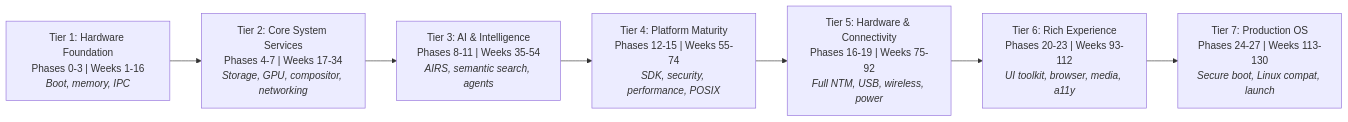
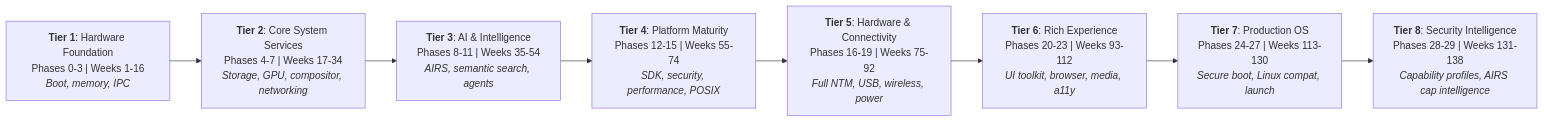
The first of 2 diagrams in docs/project/development-plan.md (juslee/aios), drawn with Mermaid before and after one commit. The commit also changed other lines of this file and 1 other file, not shown here.

First line of the commit message:
Restore Mermaid v11 conversions and fix phase count to 30 (0-29)

````diff
--- a/docs/project/development-plan.md
+++ b/docs/project/development-plan.md
@@ -14,26 +14,29 @@
 ```mermaid
 flowchart LR
-    T1["`Tier 1: Hardware Foundation
-Phases 0-3 | Weeks 1-16
-*Boot, memory, IPC*`"]
-    T2["`Tier 2: Core System Services
-Phases 4-7 | Weeks 17-34
-*Storage, GPU, compositor, networking*`"]
-    T3["`Tier 3: AI & Intelligence
-Phases 8-11 | Weeks 35-54
-*AIRS, semantic search, agents*`"]
-    T4["`Tier 4: Platform Maturity
-Phases 12-15 | Weeks 55-74
-*SDK, security, performance, POSIX*`"]
-    T5["`Tier 5: Hardware & Connectivity
-Phases 16-19 | Weeks 75-92
-*Full NTM, USB, wireless, power*`"]
-    T6["`Tier 6: Rich Experience
-Phases 20-23 | Weeks 93-112
-*UI toolkit, browser, media, a11y*`"]
-    T7["`Tier 7: Production OS
-Phases 24-27 | Weeks 113-130
-*Secure boot, Linux compat, launch*`"]
+    T1["`**Tier 1**: Hardware Foundation
+    Phases 0-3 | Weeks 1-16
+    *Boot, memory, IPC*`"]
+    T2["`**Tier 2**: Core System Services
+    Phases 4-7 | Weeks 17-34
+    *Storage, GPU, compositor, networking*`"]
+    T3["`**Tier 3**: AI & Intelligence
+    Phases 8-11 | Weeks 35-54
+    *AIRS, semantic search, agents*`"]
+    T4["`**Tier 4**: Platform Maturity
+    Phases 12-15 | Weeks 55-74
+    *SDK, security, performance, POSIX*`"]
+    T5["`**Tier 5**: Hardware & Connectivity
+    Phases 16-19 | Weeks 75-92
+    *Full NTM, USB, wireless, power*`"]
+    T6["`**Tier 6**: Rich Experience
+    Phases 20-23 | Weeks 93-112
+    *UI toolkit, browser, media, a11y*`"]
+    T7["`**Tier 7**: Production OS
+    Phases 24-27 | Weeks 113-130
+    *Secure boot, Linux compat, launch*`"]
+    T8["`**Tier 8**: Security Intelligence
+    Phases 28-29 | Weeks 131-138
+    *Capability profiles, AIRS cap intelligence*`"]
 
-    T1 --> T2 --> T3 --> T4 --> T5 --> T6 --> T7
+    T1 --> T2 --> T3 --> T4 --> T5 --> T6 --> T7 --> T8
 ```
````
